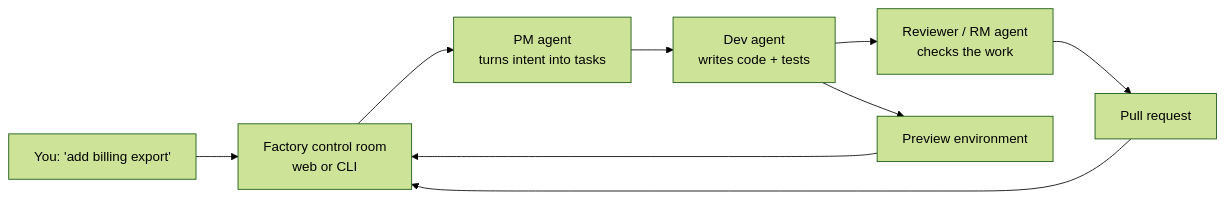
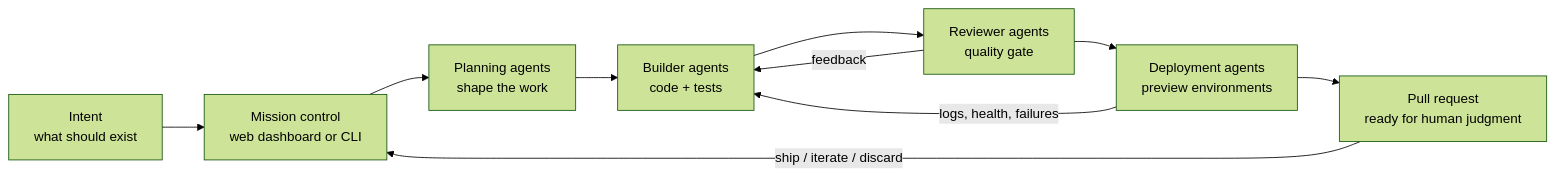
The first of 5 diagrams in README.md (crgarcia12/Liliput), drawn with Mermaid (forest theme) before and after one commit. The commit also changed other lines of this file, not shown here.

````diff
--- a/README.md
+++ b/README.md
@@ -17,16 +24,15 @@
 ```mermaid
 flowchart LR
-    Idea["You: 'add billing export'"]
-    Portal["Factory control room<br/>web or CLI"]
-    PM["PM agent<br/>turns intent into tasks"]
-    Dev["Dev agent<br/>writes code + tests"]
-    Reviewer["Reviewer / RM agent<br/>checks the work"]
-    Preview["Preview environment"]
-    PR["Pull request"]
+    Intent["Intent<br/>what should exist"]
+    Control["Mission control<br/>web dashboard or CLI"]
+    Planner["Planning agents<br/>shape the work"]
+    Builder["Builder agents<br/>code + tests"]
+    Reviewer["Reviewer agents<br/>quality gate"]
+    Deploy["Deployment agents<br/>preview environments"]
+    PR["Pull request<br/>ready for human judgment"]
 
-    Idea --> Portal --> PM --> Dev --> Reviewer
-    Dev --> Preview
-    Reviewer --> PR
-    Preview --> Portal
-    PR --> Portal
+    Intent --> Control --> Planner --> Builder --> Reviewer --> Deploy --> PR
+    Deploy -->|"logs, health, failures"| Builder
+    Reviewer -->|"feedback"| Builder
+    PR -->|"ship / iterate / discard"| Control
 ```
````
